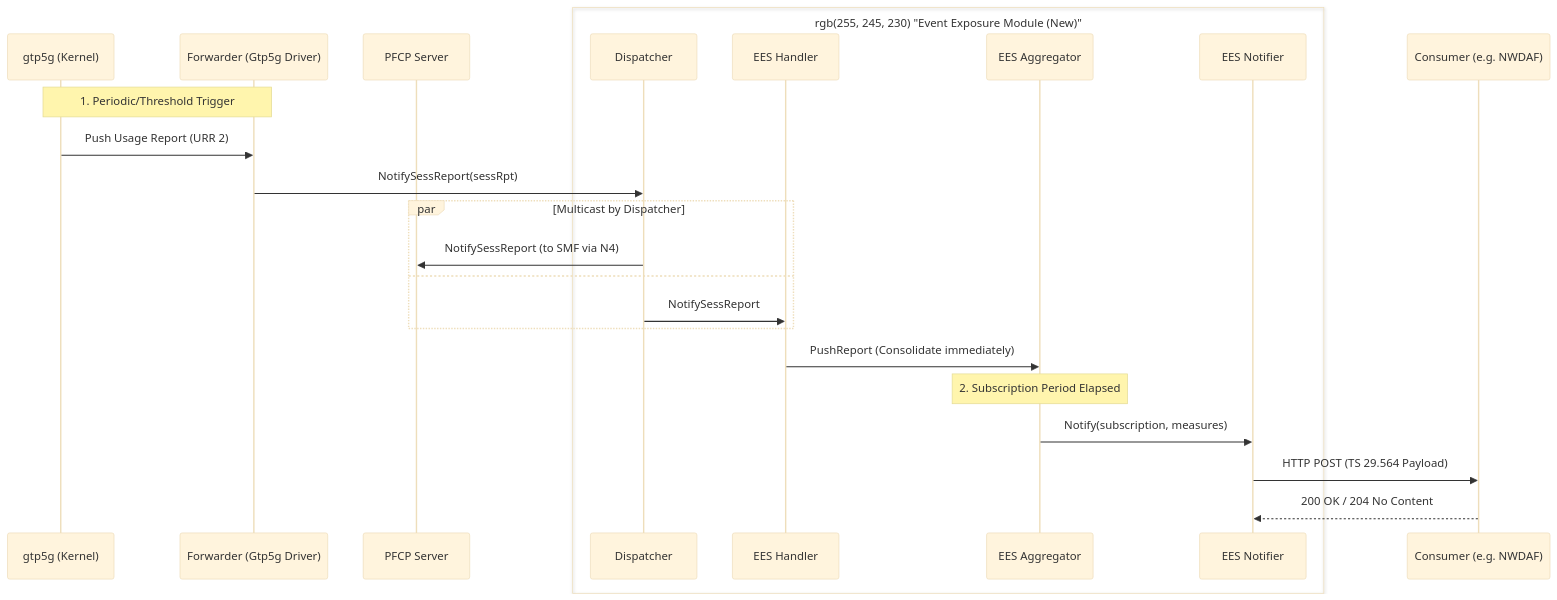
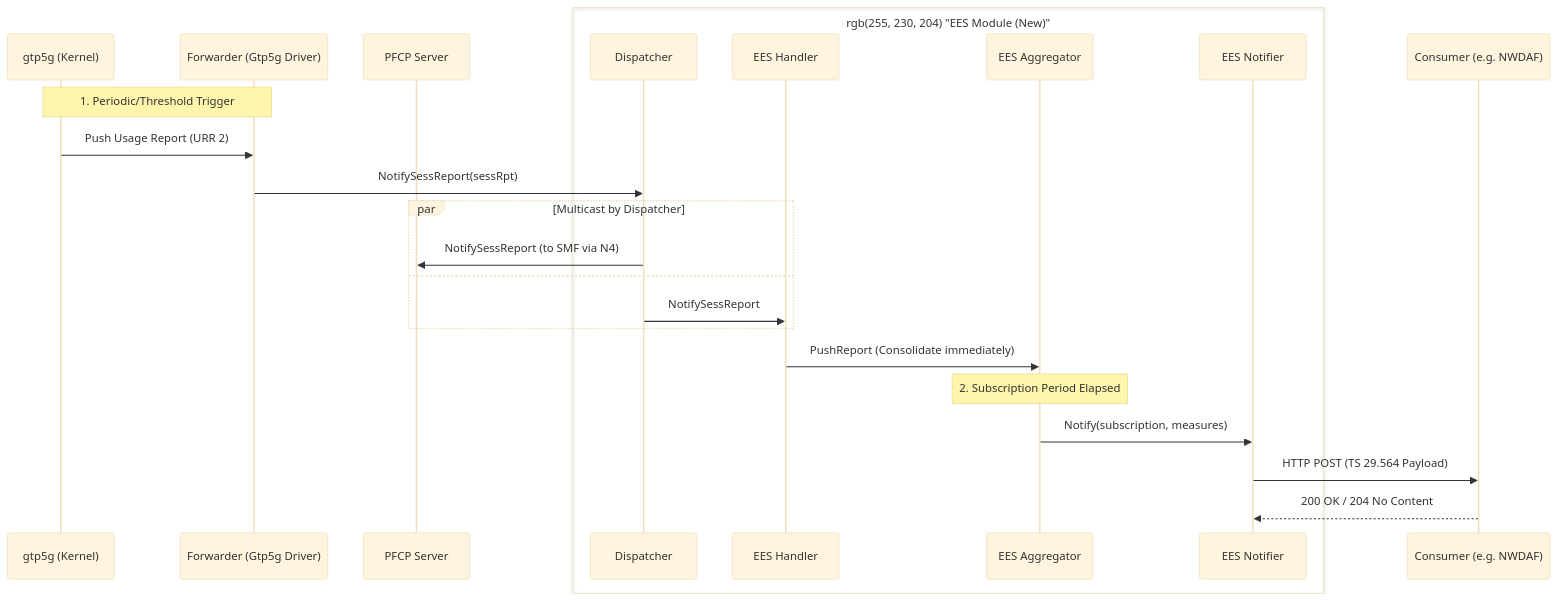
The second of 2 diagrams in README.md (Intelligent-Systems-Lab/go-upf), drawn with Mermaid (base theme) before and after one commit. The commit also changed other lines of this file, not shown here.

Commit message:
docs: fix Mermaid syntax and use box to highlight new participants

````diff
--- a/README.md
+++ b/README.md
@@ -68,32 +68,32 @@
 ```mermaid
 sequenceDiagram
     participant K as gtp5g (Kernel)
     participant F as Forwarder (Gtp5g Driver)
     participant P as PFCP Server
 
-    box rgb(255, 245, 230) "Event Exposure Module (New)"
+    box rgb(255, 230, 204) "EES Module (New)"
         participant D as Dispatcher
         participant H as EES Handler
         participant A as EES Aggregator
         participant N as EES Notifier
     end
 
     participant C as Consumer (e.g. NWDAF)
 
     Note over K, F: 1. Periodic/Threshold Trigger
     K->>F: Push Usage Report (URR 2)
     F->>D: NotifySessReport(sessRpt)
 
     par Multicast by Dispatcher
         D->>P: NotifySessReport (to SMF via N4)
     and
         D->>H: NotifySessReport
     end
 
     H->>A: PushReport (Consolidate immediately)
 
     Note over A: 2. Subscription Period Elapsed
     A->>N: Notify(subscription, measures)
     N->>C: HTTP POST (TS 29.564 Payload)
     C-->>N: 200 OK / 204 No Content
 ```
````
